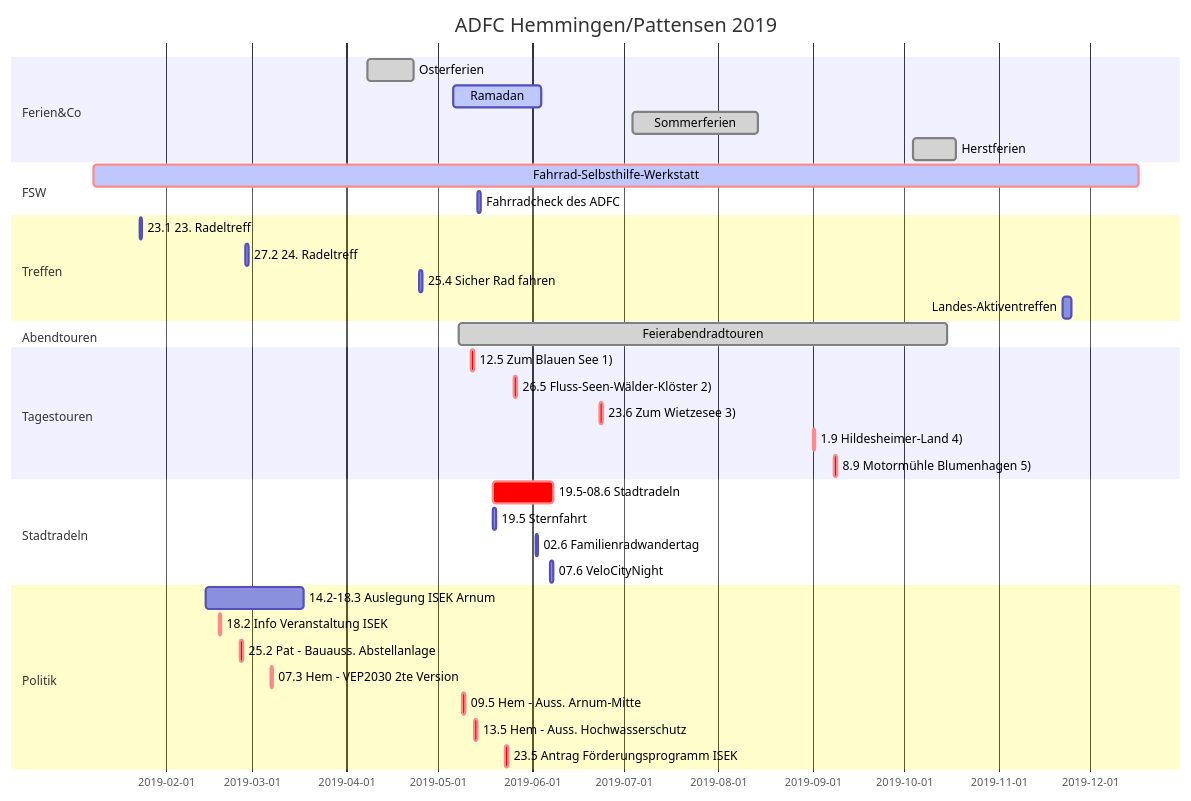
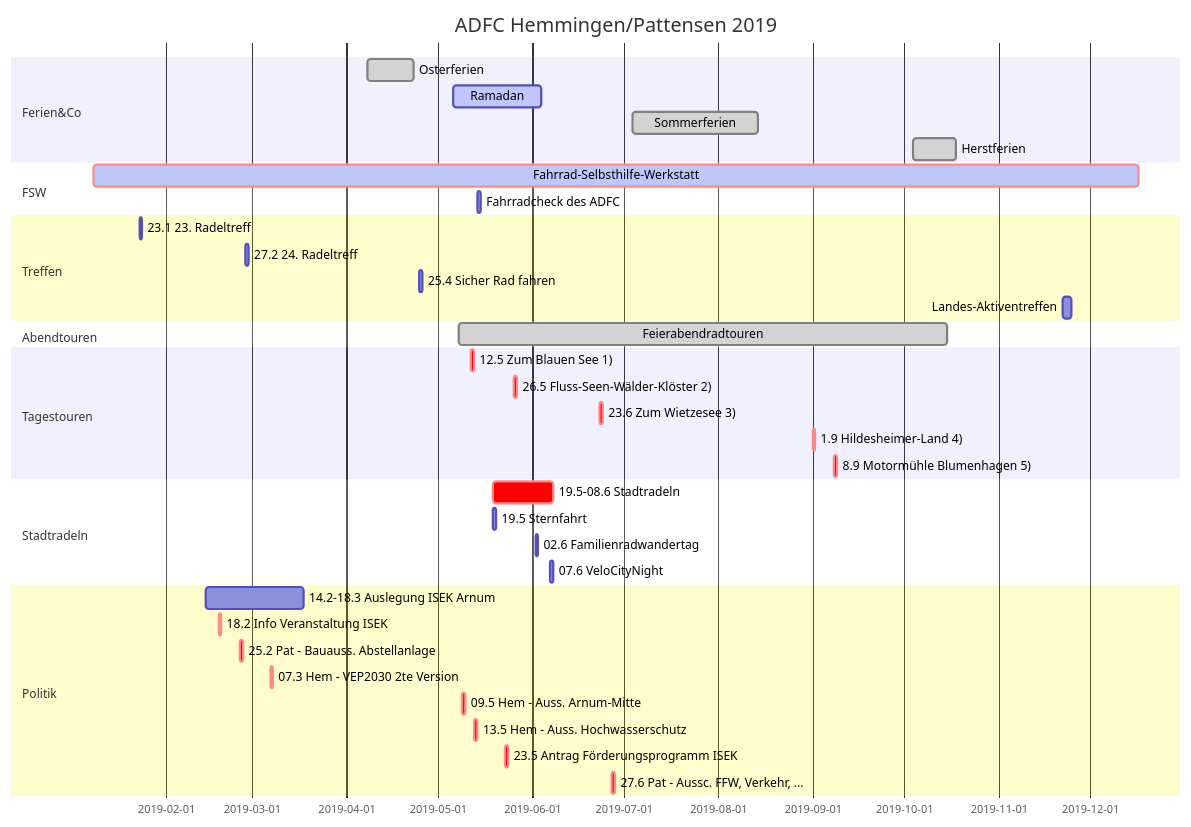
Before and after one commit to adfc-hemmingen-pattensen/adfc-hemmingen-pattensen.github.io: the diagram in index.md, drawn with Mermaid. The commit also changed 3 other files, not shown here.

````diff
--- a/index.md
+++ b/index.md
@@ -93,47 +93,48 @@
 ```mermaid
 gantt
   title ADFC Hemmingen/Pattensen 2019
   dateFormat  DD.MM.YY
 
 section Ferien&Co
   Osterferien :done,        08.04.19, 23.04.19
   Ramadan     :active,done, 06.05.19, 04.06.19
   Sommerferien:done,        04.07.19, 14.08.19
   Herstferien :done,        04.10.19, 18.10.19
 
 section FSW
   Fahrrad-Selbsthilfe-Werkstatt :crit,active, 08.01.19, 17.12.19
   Fahrradcheck des ADFC         : 14.05.19, 1d
 
 section Treffen
   23.1 23. Radeltreff  : 23.01.19, 1d
   27.2 24. Radeltreff : 27.02.19, 1d
   25.4 Sicher Rad fahren : 25.04.19, 1d
   Landes-Aktiventreffen: 22.11.19, 3d
   
 section Abendtouren
   Feierabendradtouren        :done,       08.05.19, 15.10.19
 
 section Tagestouren
   12.5 Zum Blauen See 1)           :crit, 12.05.19,1d
   26.5 Fluss-Seen-Wälder-Klöster 2):crit, 26.05.19,1d
   23.6 Zum Wietzesee 3)            :crit, 23.06.19,1d
   1.9 Hildesheimer-Land 4)         :crit, 01.09.19,1d
   8.9 Motormühle Blumenhagen 5)    :crit, 08.09.19,1d
   
 
 section Stadtradeln
   19.5-08.6 Stadtradeln    : crit, 19.05.19, 08.06.19
   19.5 Sternfahrt          :       19.05.19, 1d
   02.6 Familienradwandertag:       02.06.19, 1d
   07.6 VeloCityNight       :       07.06.19, 1d
 
 section Politik
   14.2-18.3 Auslegung ISEK Arnum: 14.02.19, 18.03.19
   18.2 Info Veranstaltung ISEK  : crit, 18.02.19, 1d 
   25.2 Pat - Bauauss. Abstellanlage : crit, 25.02.19, 1d
   07.3 Hem - VEP2030 2te Version : crit, 07.03.19, 1d
   09.5 Hem - Auss. Arnum-Mitte : crit,  09.05.19, 1d
   13.5 Hem - Auss. Hochwasserschutz: crit, 13.05.19, 1d
   23.5 Antrag Förderungsprogramm ISEK : crit, 23.05.19,1d 
+  27.6 Pat - Aussc. FFW, Verkehr, ... : crit, 27.06.19,1d 
 ```
````
